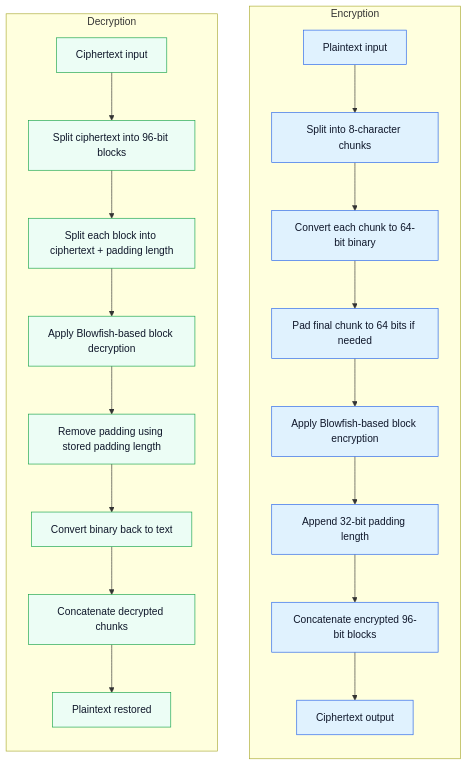
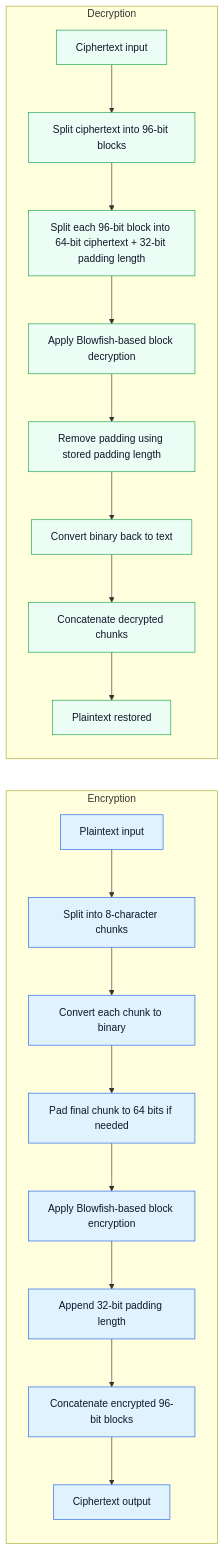
One commit to jgeo12/encryptor-app changed the diagram in README.md. Above: the diagram before and after it, drawn with Mermaid.

````diff
--- a/README.md
+++ b/README.md
@@ -10,29 +10,29 @@
 ```mermaid
-flowchart TB
+flowchart LR
     subgraph ENC[Encryption]
         direction TB
         A[Plaintext input] --> B[Split into 8-character chunks]
-        B --> C[Convert each chunk to 64-bit binary]
+        B --> C[Convert each chunk to binary]
         C --> D[Pad final chunk to 64 bits if needed]
         D --> E[Apply Blowfish-based block encryption]
         E --> F[Append 32-bit padding length]
         F --> G[Concatenate encrypted 96-bit blocks]
         G --> H[Ciphertext output]
     end
 
     subgraph DEC[Decryption]
         direction TB
         I[Ciphertext input] --> J[Split ciphertext into 96-bit blocks]
-        J --> K[Split each block into ciphertext + padding length]
+        J --> K[Split each 96-bit block into 64-bit ciphertext + 32-bit padding length]
         K --> L[Apply Blowfish-based block decryption]
         L --> M[Remove padding using stored padding length]
         M --> N[Convert binary back to text]
         N --> O[Concatenate decrypted chunks]
         O --> P[Plaintext restored]
     end
 
     classDef enc fill:#e0f2fe,stroke:#2563eb,stroke-width:1px,color:#0f172a;
     classDef dec fill:#ecfdf5,stroke:#16a34a,stroke-width:1px,color:#0f172a;
     class A,B,C,D,E,F,G,H enc;
     class I,J,K,L,M,N,O,P dec;
 ```
````
